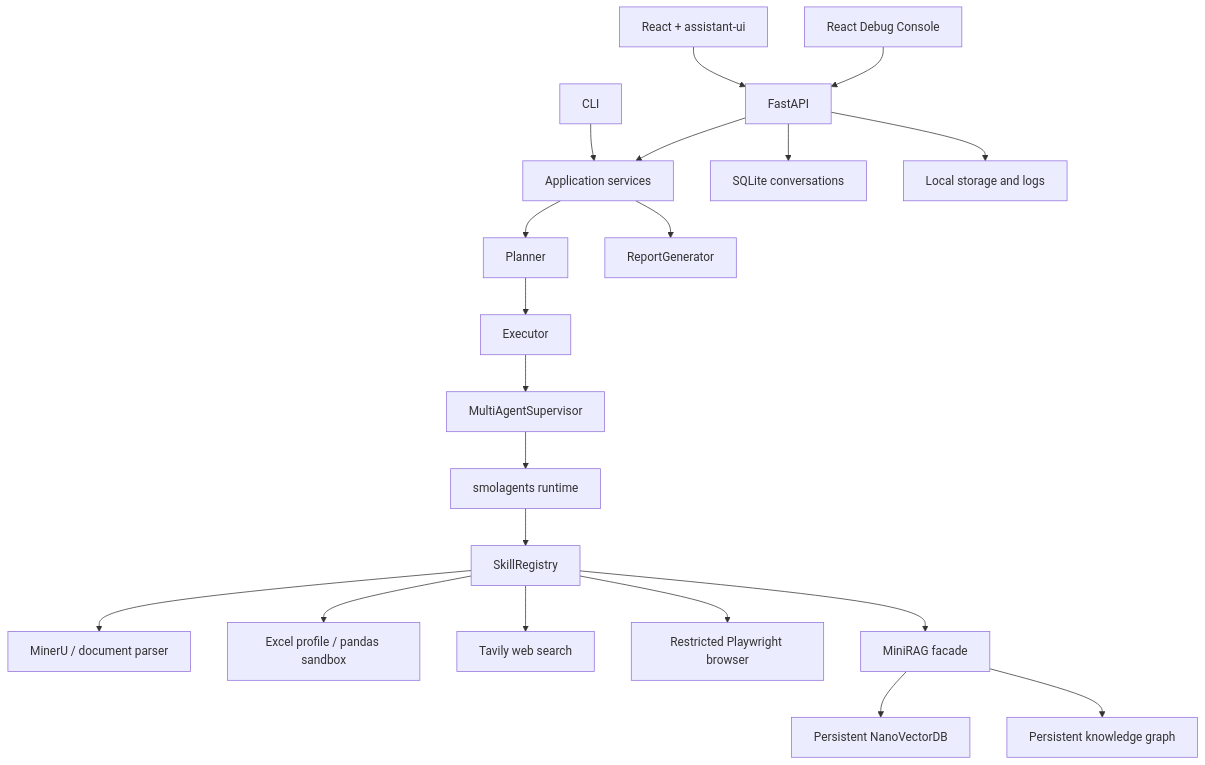
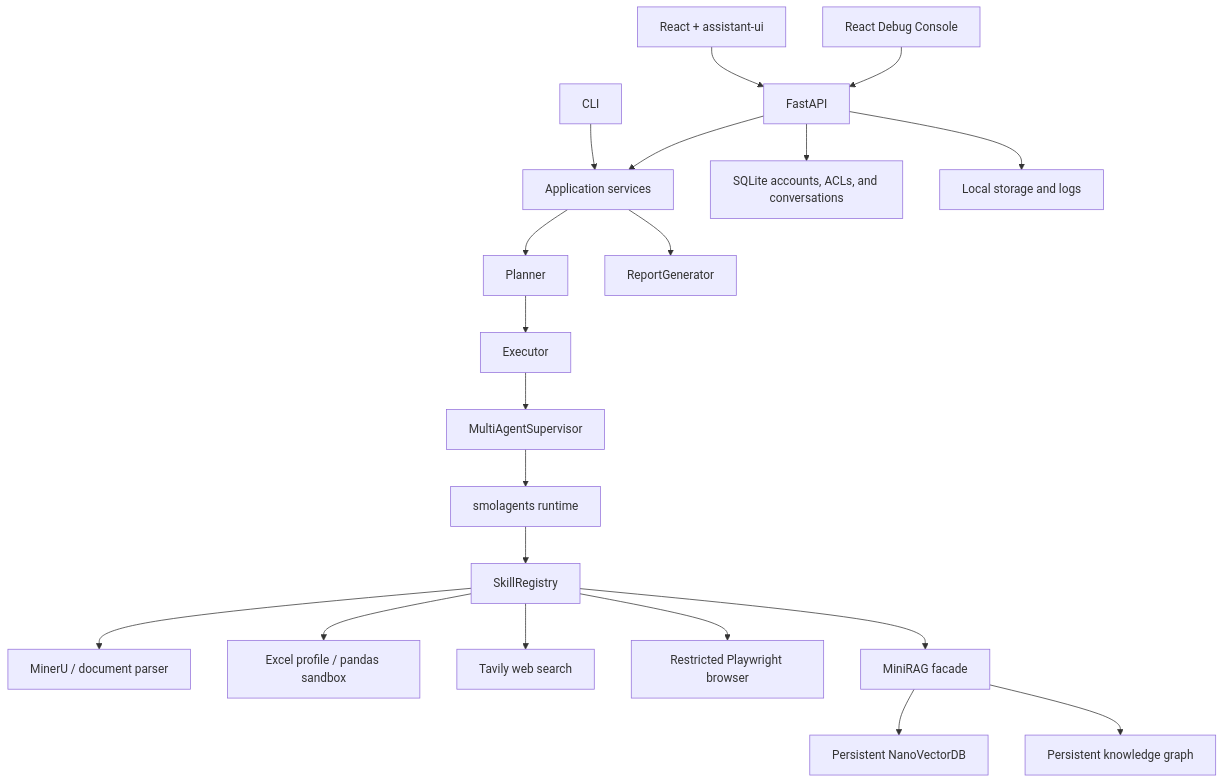
The diagram in README.md (eThAN02010506/PersonalAIProject), drawn with Mermaid before and after one commit. The commit also changed other lines of this file and 43 other files, not shown here.

````diff
--- a/README.md
+++ b/README.md
@@ -28,25 +29,25 @@
 ```mermaid
 flowchart TD
     UI["React + assistant-ui"] --> API["FastAPI"]
     DEBUG["React Debug Console"] --> API
     CLI["CLI"] --> CORE["Application services"]
     API --> CORE
 
     CORE --> PLAN["Planner"]
     PLAN --> EXEC["Executor"]
     EXEC --> SUP["MultiAgentSupervisor"]
     SUP --> SMOL["smolagents runtime"]
     SMOL --> REG["SkillRegistry"]
 
     REG --> DOC["MinerU / document parser"]
     REG --> XLS["Excel profile / pandas sandbox"]
     REG --> WEB["Tavily web search"]
     REG --> BROWSER["Restricted Playwright browser"]
     REG --> MEM["MiniRAG facade"]
     MEM --> VEC["Persistent NanoVectorDB"]
     MEM --> GRAPH["Persistent knowledge graph"]
 
     CORE --> REPORT["ReportGenerator"]
-    API --> SQLITE["SQLite conversations"]
+    API --> SQLITE["SQLite accounts, ACLs, and conversations"]
     API --> STORAGE["Local storage and logs"]
 ```
````
